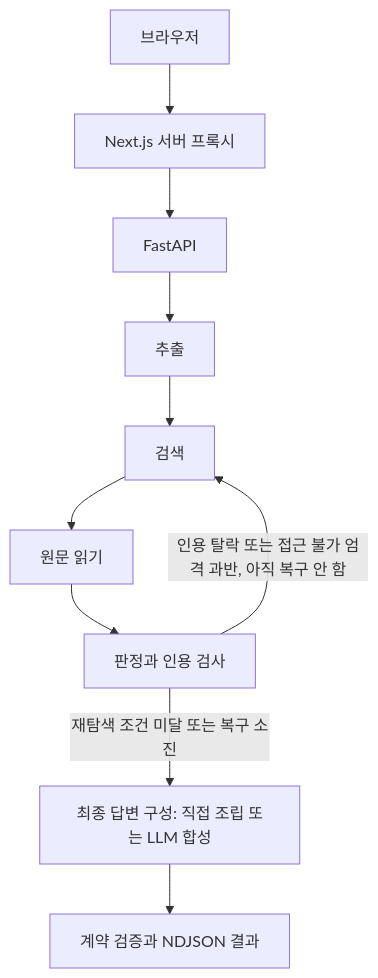
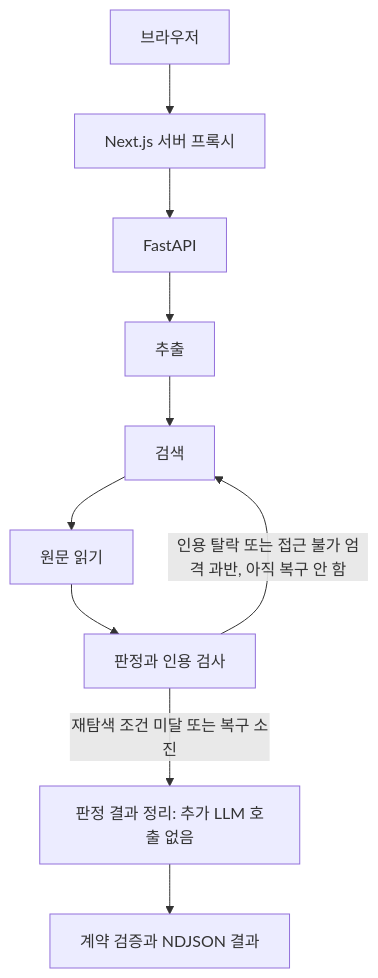
Before and after one commit to teach97/TRUE-OR-NOT: the first of 2 diagrams in docs/아키텍처.md, drawn with Mermaid. The commit also changed other lines of this file and 27 other files, not shown here.

````diff
--- a/docs/아키텍처.md
+++ b/docs/아키텍처.md
@@ -40,12 +40,12 @@
 ```mermaid
 flowchart TD
     UI[브라우저] --> Proxy[Next.js 서버 프록시]
     Proxy --> API[FastAPI]
     API --> Extract[추출]
     Extract --> Search[검색]
     Search --> Read[원문 읽기]
     Read --> Verify[판정과 인용 검사]
     Verify -->|인용 탈락 또는 접근 불가 엄격 과반, 아직 복구 안 함| Search
-    Verify -->|재탐색 조건 미달 또는 복구 소진| Synthesize[최종 답변 구성: 직접 조립 또는 LLM 합성]
-    Synthesize --> Result[계약 검증과 NDJSON 결과]
+    Verify -->|재탐색 조건 미달 또는 복구 소진| Assemble[판정 결과 정리: 추가 LLM 호출 없음]
+    Assemble --> Result[계약 검증과 NDJSON 결과]
 ```
````
